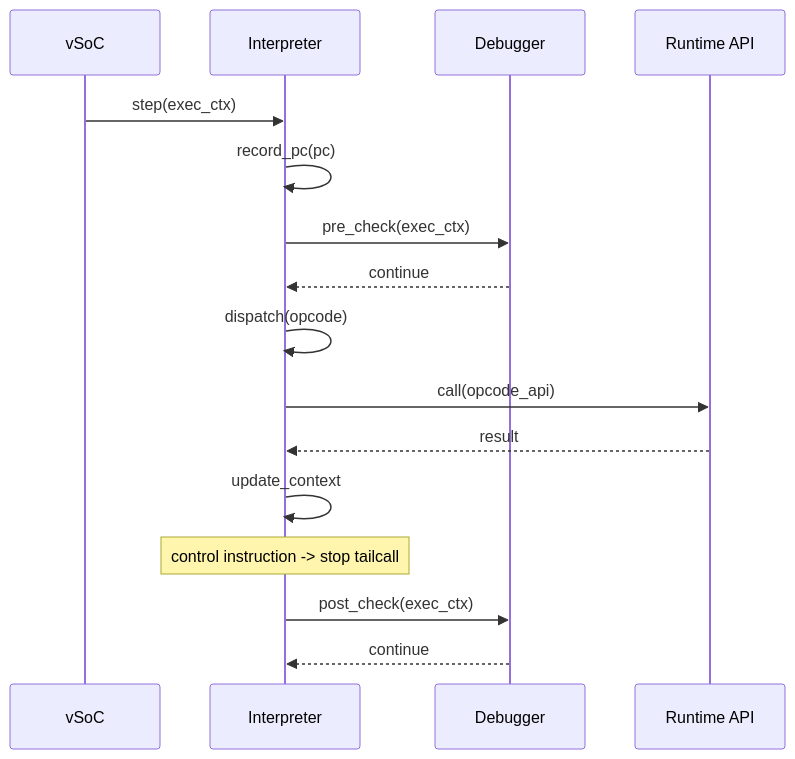
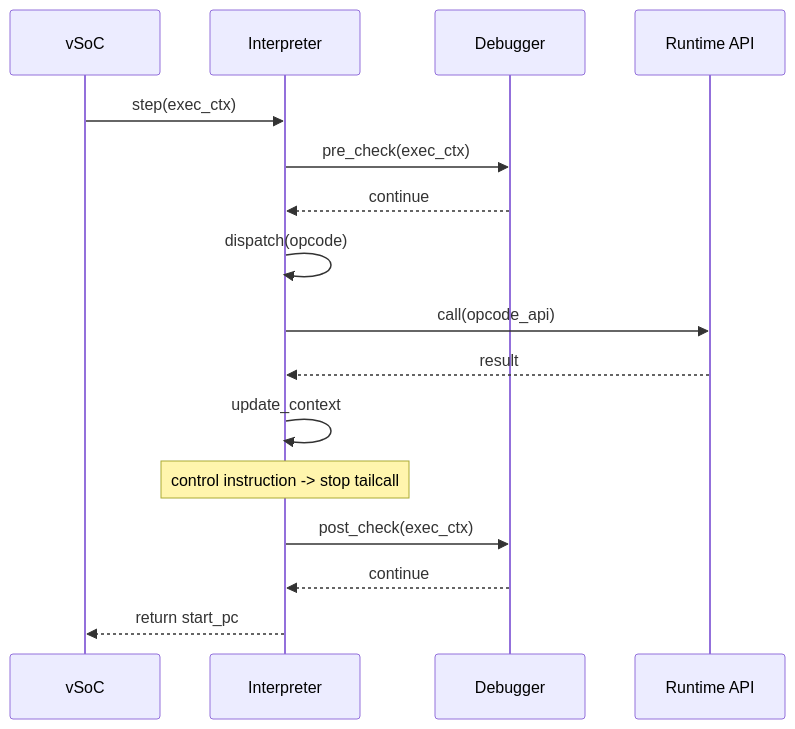
The fourth of 4 diagrams in docs/components/tier2_runtime/runtime_interpreter.md (kmt-t/fireball), drawn with Mermaid before and after one commit. The commit also changed other lines of this file and 18 other files, not shown here.

Commit message:
docs: harmonize component diagrams, state transitions, and symlinks across specifications

````diff
--- a/docs/components/tier2_runtime/runtime_interpreter.md
+++ b/docs/components/tier2_runtime/runtime_interpreter.md
@@ -315,19 +315,19 @@
 ```mermaid
 sequenceDiagram
     participant V as vSoC
     participant I as Interpreter
     participant D as Debugger
     participant R as Runtime API
 
     V->>I: step(exec_ctx)
-    I->>I: record_pc(pc)
     I->>D: pre_check(exec_ctx)
     D-->>I: continue
     I->>I: dispatch(opcode)
     I->>R: call(opcode_api)
     R-->>I: result
     I->>I: update_context
     Note over I: control instruction -> stop tailcall
     I->>D: post_check(exec_ctx)
     D-->>I: continue
+    I-->>V: return start_pc
 ```
````
